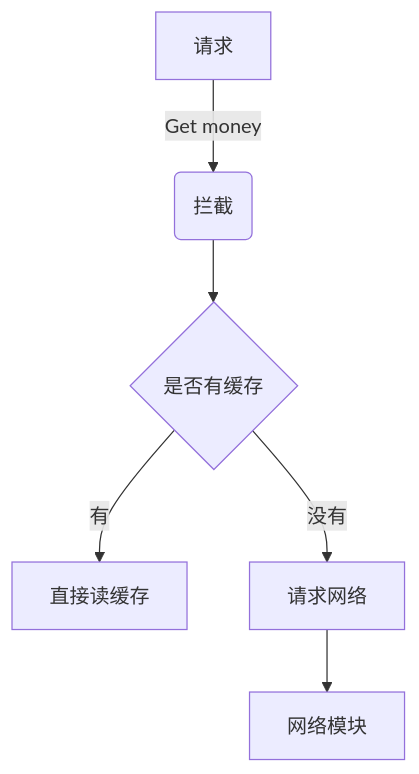
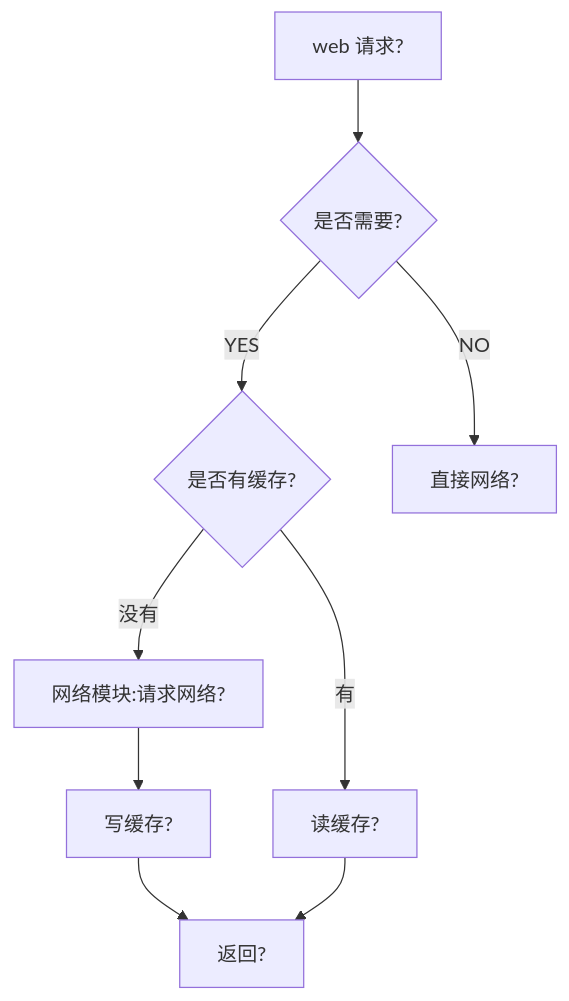
One commit to zk4/x-engine changed the diagram in modules/x-engine-native-webcache/readme.md. Above: the diagram before and after it, drawn with Mermaid. The commit also changed other lines of this file, not shown here.

````diff
--- a/modules/x-engine-native-webcache/readme.md
+++ b/modules/x-engine-native-webcache/readme.md
@@ -7,7 +5,11 @@
 ``` mermaid
 graph TD
-A[请求] -->|Get money| B(拦截)
-B --> C{是否有缓存}
-C -->|有| D[直接读缓存] 
-C -->|没有| E[请求网络] --> 网络模块
+A[web 请求?]-->O
+O{是否需要?} -->| YES| C
+O -->| NO| EE[直接网络?]
+C{是否有缓存?} -->|有| D[读缓存?] 
+C -->|没有| E[网络模块:请求网络?] --> CACHE[写缓存?]
+CACHE --> END[返回?]
+D --> END
+
 ```
````
